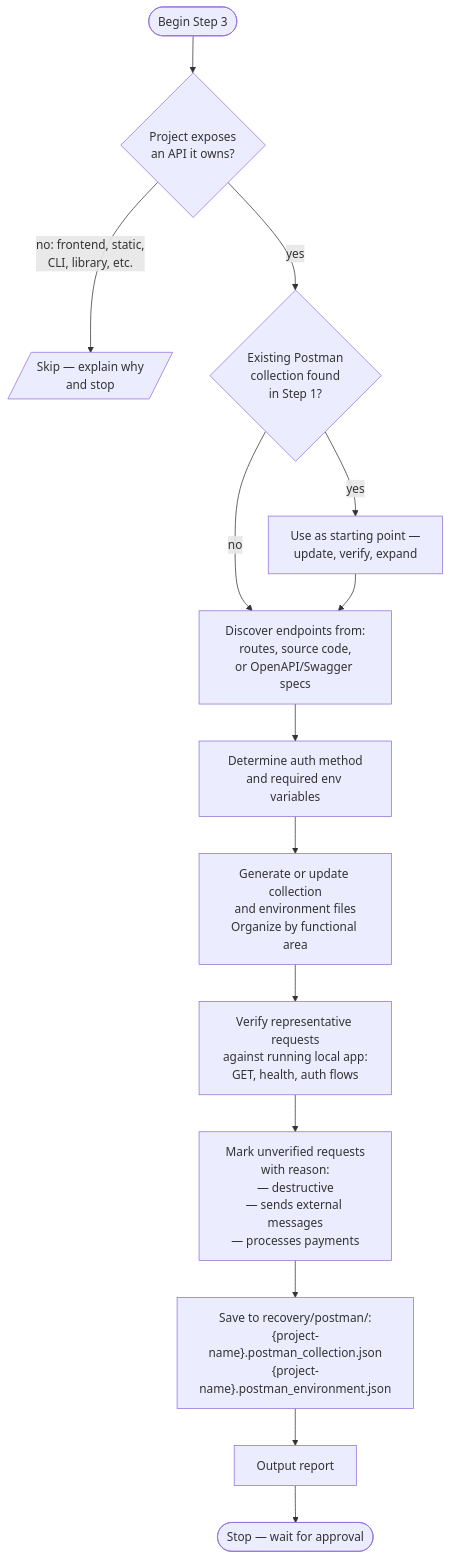
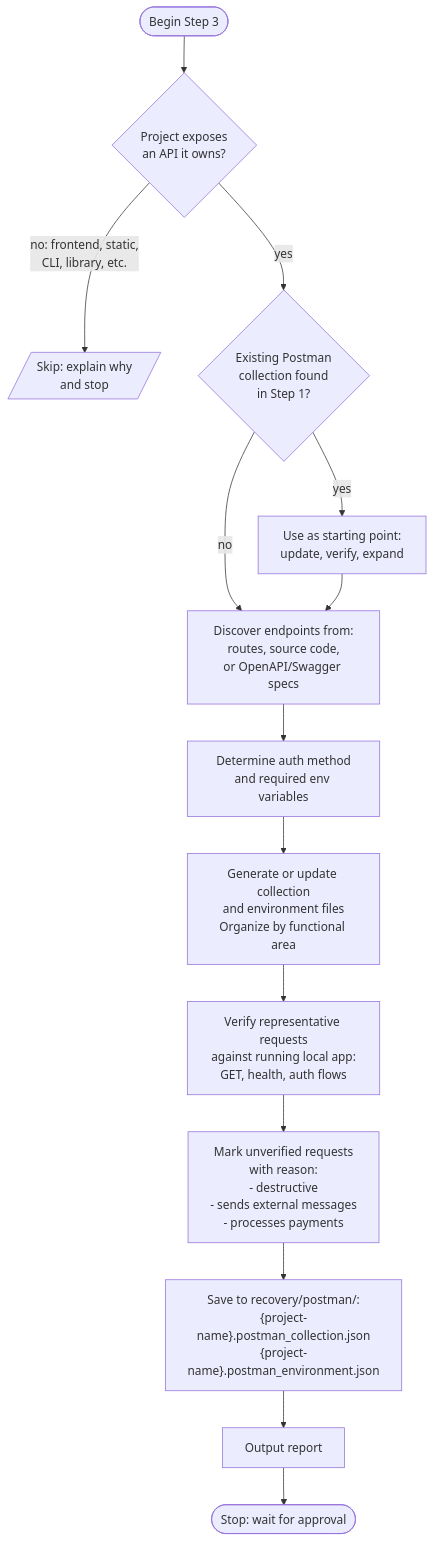
The diagram in docs/commands/archive/3-postman.md (myowinthein/agent-helm), drawn with Mermaid before and after one commit. The commit also changed other lines of this file and 19 other files, not shown here.

````diff
--- a/docs/commands/archive/3-postman.md
+++ b/docs/commands/archive/3-postman.md
@@ -14,24 +14,24 @@
 ```mermaid
 flowchart TD
   Start([Begin Step 3]) --> Check{Project exposes\nan API it owns?}
 
-  Check -->|no: frontend, static,\nCLI, library, etc.| Skip[/Skip — explain why\nand stop/]
+  Check -->|no: frontend, static,\nCLI, library, etc.| Skip[/Skip: explain why\nand stop/]
   Check -->|yes| Existing{Existing Postman\ncollection found\nin Step 1?}
 
-  Existing -->|yes| UseExisting[Use as starting point —\nupdate, verify, expand]
+  Existing -->|yes| UseExisting[Use as starting point:\nupdate, verify, expand]
   Existing -->|no| Discover
 
   UseExisting --> Discover[Discover endpoints from:\nroutes, source code,\nor OpenAPI/Swagger specs]
 
   Discover --> Auth[Determine auth method\nand required env variables]
 
   Auth --> Generate[Generate or update collection\nand environment files\nOrganize by functional area]
 
   Generate --> Verify[Verify representative requests\nagainst running local app:\nGET, health, auth flows]
 
-  Verify --> Mark[Mark unverified requests\nwith reason:\n— destructive\n— sends external messages\n— processes payments]
+  Verify --> Mark[Mark unverified requests\nwith reason:\n- destructive\n- sends external messages\n- processes payments]
 
   Mark --> Save["Save to recovery/postman/:\n{project-name}.postman_collection.json\n{project-name}.postman_environment.json"]
 
-  Save --> Report[Output report] --> Stop([Stop — wait for approval])
+  Save --> Report[Output report] --> Stop([Stop: wait for approval])
 ```
````
